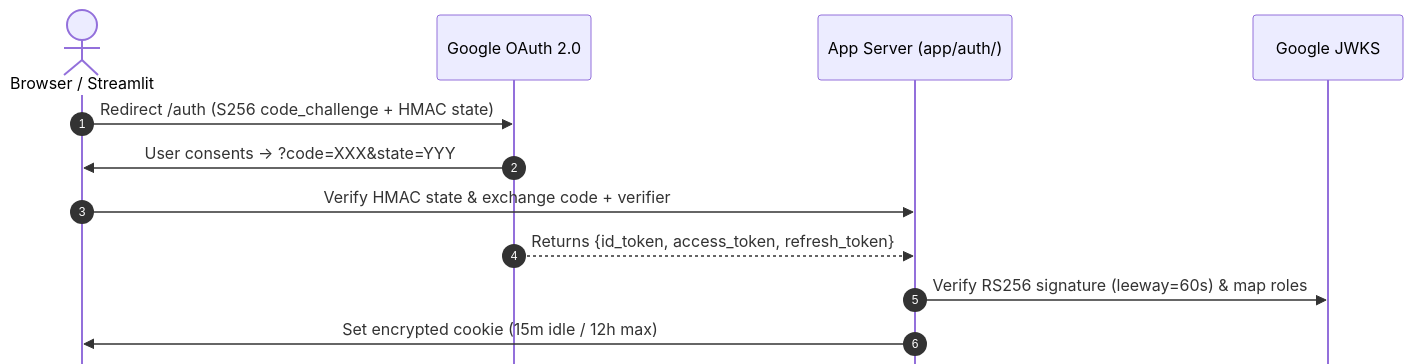
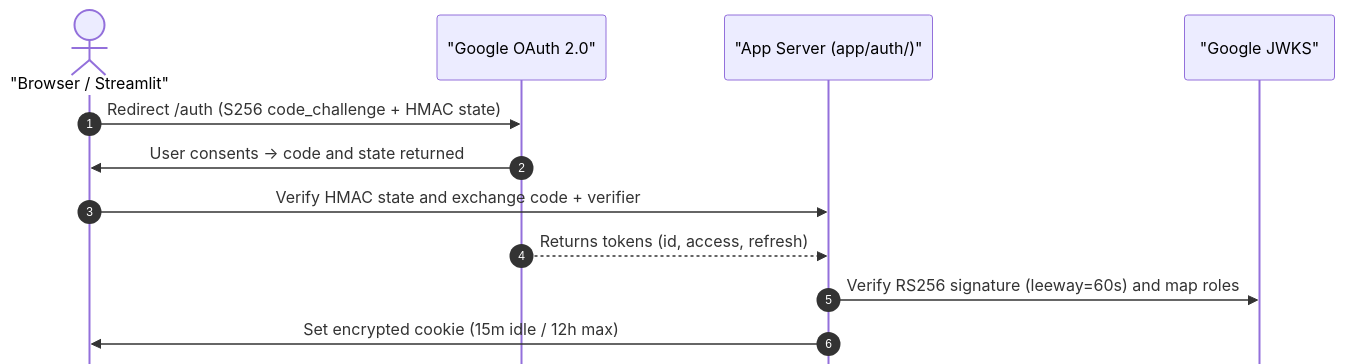
One commit to Kenono2000/enterprise-rag-pgvector-rbac changed the fourth of 10 diagrams in README.md. Above: the diagram before and after it, drawn with Mermaid. The commit also changed other lines of this file and 10 other files, not shown here.

First line of the commit message:
feat: Enhance HITL approval flow with checkpointing and decision endpoint

````diff
--- a/README.md
+++ b/README.md
@@ -132,15 +137,15 @@
 ```mermaid
 %%{init: {'sequence': {'mirrorActors': false, 'actorMargin': 18, 'boxMargin': 4, 'messageMargin': 22}}}%%
 sequenceDiagram
     autonumber
-    actor Browser as Browser / Streamlit
-    participant Google as Google OAuth 2.0
-    participant App as App Server (app/auth/)
-    participant JWKS as Google JWKS
+    actor Browser as "Browser / Streamlit"
+    participant Google as "Google OAuth 2.0"
+    participant App as "App Server (app/auth/)"
+    participant JWKS as "Google JWKS"
     Browser->>Google: Redirect /auth (S256 code_challenge + HMAC state)
-    Google->>Browser: User consents -> ?code=XXX&state=YYY
-    Browser->>App: Verify HMAC state & exchange code + verifier
-    Google-->>App: Returns {id_token, access_token, refresh_token}
-    App->>JWKS: Verify RS256 signature (leeway=60s) & map roles
+    Google->>Browser: User consents -> code and state returned
+    Browser->>App: Verify HMAC state and exchange code + verifier
+    Google-->>App: Returns tokens (id, access, refresh)
+    App->>JWKS: Verify RS256 signature (leeway=60s) and map roles
     App->>Browser: Set encrypted cookie (15m idle / 12h max)
 ```
````
